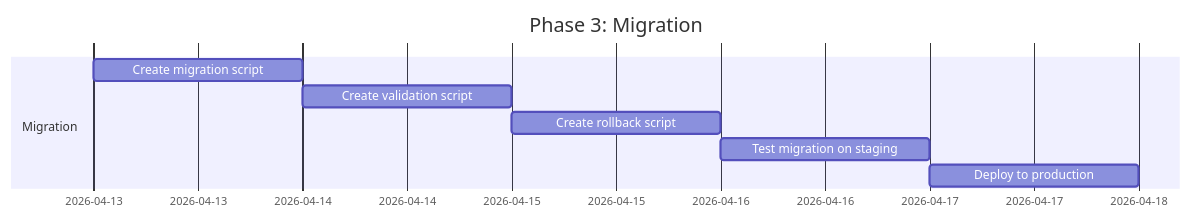
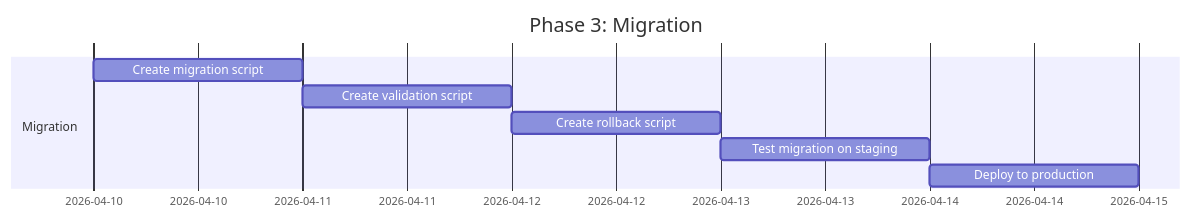
Before and after one commit to Flowerf19/Harness_agent: the seventh of 7 diagrams in plans/memories/t3_update_memory.md, drawn with Mermaid. The commit also changed other lines of this file and 3 other files, not shown here.

````diff
--- a/plans/memories/t3_update_memory.md
+++ b/plans/memories/t3_update_memory.md
@@ -945,11 +1127,11 @@
 ```mermaid
 gantt
     title Phase 3: Migration
     dateFormat  YYYY-MM-DD
     section Migration
-    Create migration script          :e1, 2026-04-13, 1d
-    Create validation script         :e2, after e1, 1d
-    Create rollback script           :e3, after e2, 1d
+    Create migration script          :e1, 2026-04-10, 1d
+    Create validation script         :e2, after e1, 0.5d
+    Create rollback script           :e3, after e2, 0.5d
     Test migration on staging        :e4, after e3, 1d
     Deploy to production             :e5, after e4, 1d
 ```
````
